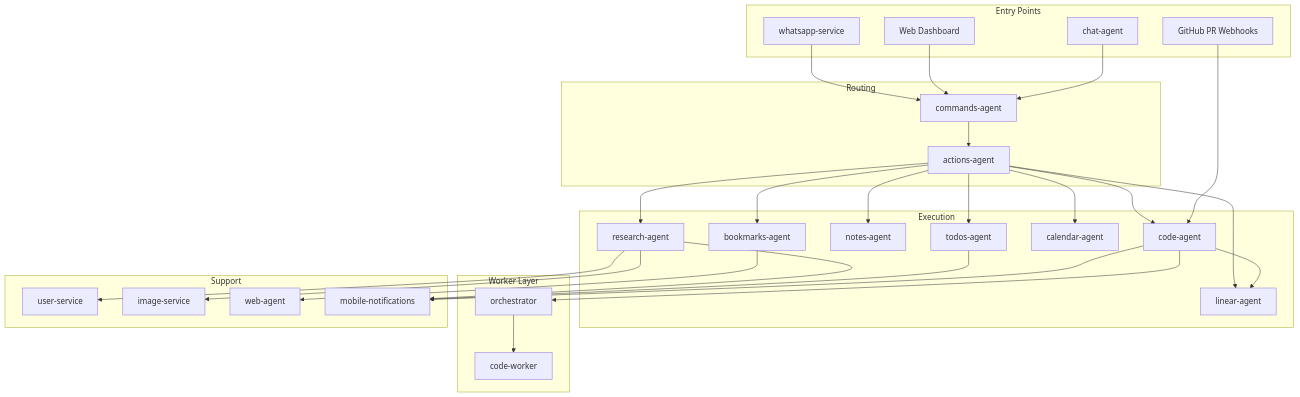
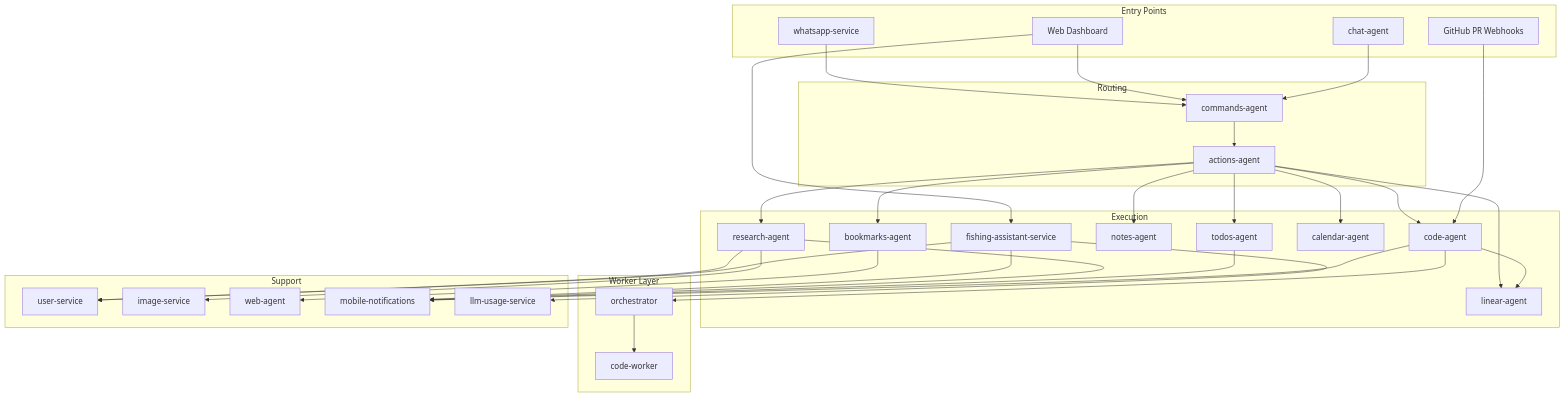
One commit to pbuchman/intexuraos changed the second of 2 diagrams in docs/services/index.md. Above: the diagram before and after it, drawn with Mermaid. The commit also changed other lines of this file and 92 other files, not shown here.

````diff
--- a/docs/services/index.md
+++ b/docs/services/index.md
@@ -378,62 +403,68 @@
 ```mermaid
 graph TD
     subgraph "Entry Points"
         WA[whatsapp-service]
         WEB[Web Dashboard]
         CHAT[chat-agent]
         GH_PR[GitHub PR Webhooks]
     end
 
     subgraph "Routing"
         CMD[commands-agent]
         ACT[actions-agent]
     end
 
     subgraph "Execution"
         RES[research-agent]
+        FISH[fishing-assistant-service]
         TODO[todos-agent]
         NOTE[notes-agent]
         BOOK[bookmarks-agent]
         CAL[calendar-agent]
         LIN[linear-agent]
         CODE[code-agent]
     end
 
     subgraph "Worker Layer"
         ORCH[orchestrator]
         CW[code-worker]
     end
 
     subgraph "Support"
         USER[user-service]
         IMG[image-service]
         WEB_A[web-agent]
         NOTIF[mobile-notifications]
+        LLM_USAGE[llm-usage-service]
     end
 
     WA --> CMD
     WEB --> CMD
+    WEB --> FISH
     CHAT --> CMD
     CMD --> ACT
 
     ACT --> RES
     ACT --> TODO
     ACT --> NOTE
     ACT --> BOOK
     ACT --> CAL
     ACT --> LIN
     ACT --> CODE
 
     GH_PR --> CODE
     CODE --> ORCH
     ORCH --> CW
     CODE --> LIN
 
     RES --> USER
     RES --> IMG
     BOOK --> WEB_A
+    FISH --> NOTIF
+    FISH --> USER
+    FISH --> LLM_USAGE
 
     RES --> NOTIF
     TODO --> NOTIF
     CODE --> NOTIF
 ```
````
